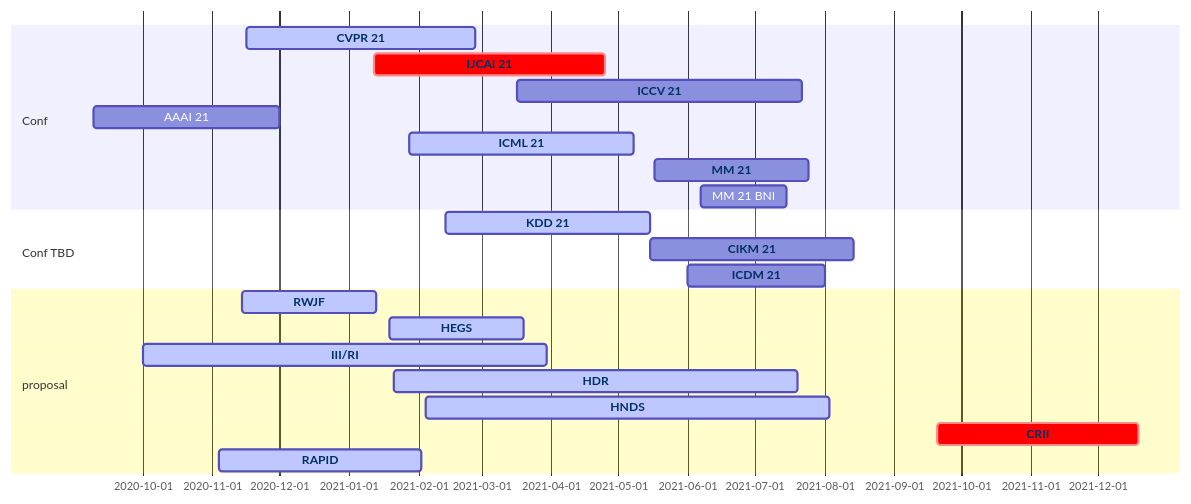
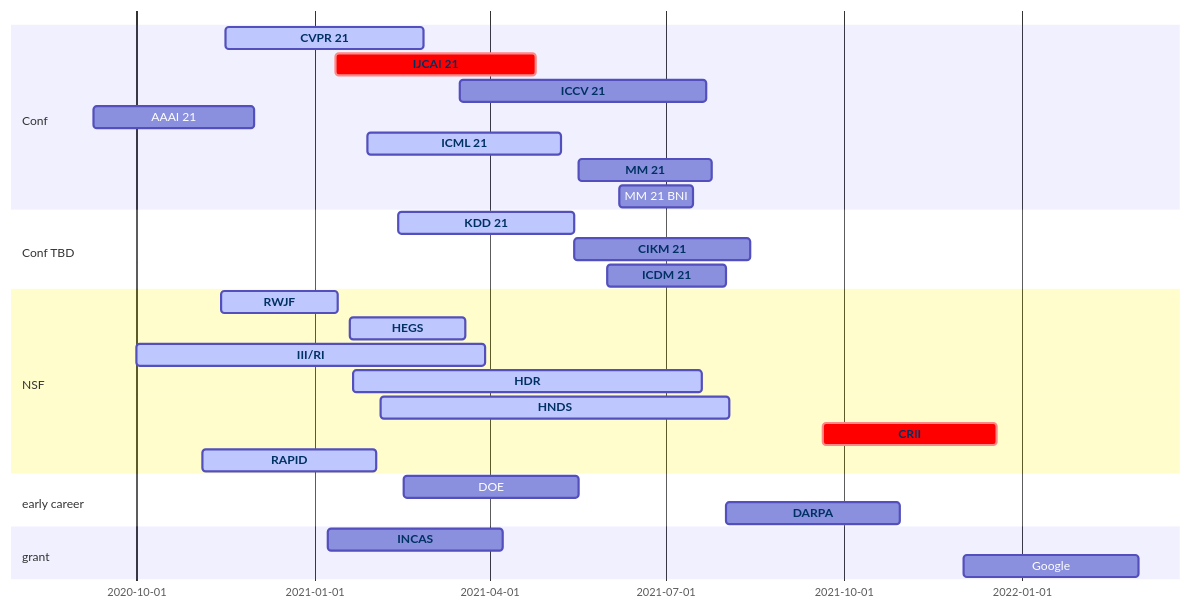
One commit to aquastar/academic-kickstart changed the diagram in content/post/conf/index.md. Above: the diagram before and after it, drawn with Mermaid. The commit also changed other lines of this file, not shown here.

````diff
--- a/content/post/conf/index.md
+++ b/content/post/conf/index.md
@@ -16,42 +16,51 @@
 ```mermaid
 gantt
   dateFormat  MM/DD/YY
   section Conf
     CVPR 21 :active, cvpr, 11/16/20, 02/26/21
     IJCAI 21 :crit, ijcai, 01/12/21, 04/25/21
     ICCV 21 :iccv, 03/17/21, 07/22/21
     AAAI 21 :aaai, 09/09/20, 12/01/20
     ICML 21:active, icml, 01/28/21, 05/08/21
 
     MM 21:mm, 05/17/21, 07/25/21
     MM 21 BNI:mmbni, 06/07/21, 07/15/21
   section Conf TBD
     KDD 21:active, kdd, 02/13/21, 05/15/21
     CIKM 21:cikm, 05/15/21, 08/14/21
     ICDM 21:icdm, 06/01/21, 08/01/21
-  section proposal
+  section NSF
     RWJF :active, rwjf, 11/14/20, 60d
     HEGS: active, hegs, 01/19/21, 60d
     III/RI: active, iis, 10/01/20, 180d
     HDR :active, hdr, 01/21/21, 180d
     HNDS :active, hnds, 02/04/21, 180d
     CRII :crit, crii, 09/20/21, 90d 
     RAPID:active, rapid, 11/04/20, 90d
+  section early career
+    DOE : doe, 02/16/21, 90d 
+    DARPA: darpa, 08/01/21, 90d
+  section grant
+    INCAS: incas, 01/08/21, 90d
+    Google: google, 12/02/21, 90d
 
+  click incas href "https://beta.sam.gov/opp/6bbca26d91df4eff96b4edfa2386c35f/view?keywords=incas&sort=-relevance&index=&is_active=true&page=1"
+  click darpa href "https://www.darpa.mil/work-with-us/for-universities/young-faculty-award"
+  click deo href "https://www.grants.gov/web/grants/search-grants.html"
   click cvpr href "http://cvpr2021.thecvf.com/"
   click iccv href "http://iccv2021.thecvf.com/"
   click icml href "https://icml.cc/Conferences/2021"
   click ijcai href "http://www.ijcai-21.org/"
   click kdd href "http://www.kdd.org/kdd2021"
   click www href "https://www2021.thewebconf.org/"
   click cikm href "https://www.cikm2021.org/"
   click icdm href "http://icdm2021.bigke.org"
   click mm href "https://2020.acmmm.org/index.html"
   click crii href "https://www.nsf.gov/funding/pgm_summ.jsp?pims_id=504952"
   click hdr href "https://www.nsf.gov/funding/pgm_summ.jsp?pims_id=505828&org=NSF&sel_org=CISE&from=fund"
   click hnds href "https://www.nsf.gov/funding/pgm_summ.jsp?pims_id=505702"
   click rwjf href "https://anr.rwjf.org/viewCfp.do?cfpId=1509&cfpOverviewId="
   click iis href "https://www.nsf.gov/funding/pgm_summ.jsp?pims_id=505667&org=NSF"
   click hegs href "https://www.nsf.gov/funding/pgm_summ.jsp?pims_id=505745&org=NSF&sel_org=NSF&from=fund"
   click rapid href "https://www.nsf.gov/news/special_reports/coronavirus/"
 ```
````
